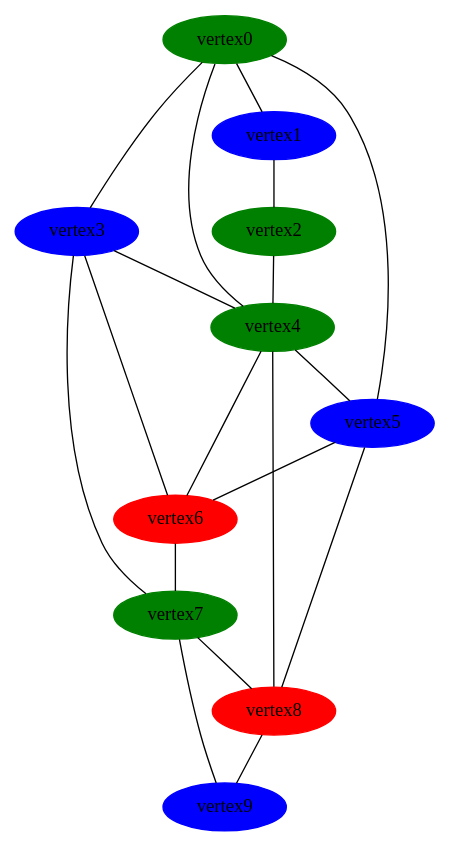
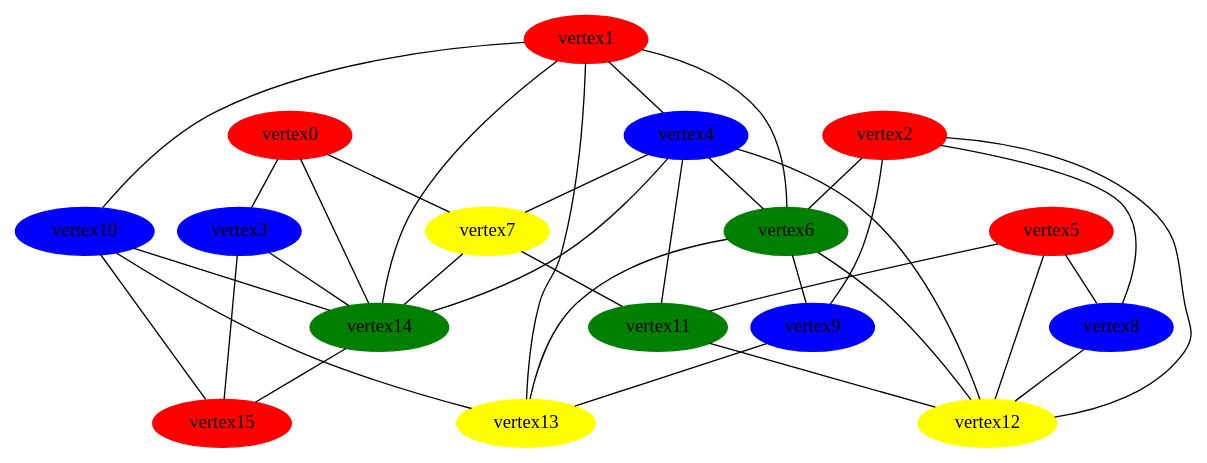
The diagram in graf.dot (sienioslaw/tgis), drawn with Graphviz before and after one commit. The commit also changed 7 other files, not shown here.

```diff
--- a/graf.dot
+++ b/graf.dot
@@ -1,40 +1,68 @@
 Graph {
-vertex0 [style=filled, color=green]
-vertex1 [style=filled, color=blue]
-vertex2 [style=filled, color=green]
+vertex0 [style=filled, color=red]
+vertex1 [style=filled, color=red]
+vertex2 [style=filled, color=red]
 vertex3 [style=filled, color=blue]
-vertex4 [style=filled, color=green]
-vertex5 [style=filled, color=blue]
-vertex6 [style=filled, color=red]
-vertex7 [style=filled, color=green]
-vertex8 [style=filled, color=red]
+vertex4 [style=filled, color=blue]
+vertex5 [style=filled, color=red]
+vertex6 [style=filled, color=green]
+vertex7 [style=filled, color=yellow]
+vertex8 [style=filled, color=blue]
 vertex9 [style=filled, color=blue]
-vertex0 -- vertex1
+vertex10 [style=filled, color=blue]
+vertex11 [style=filled, color=green]
+vertex12 [style=filled, color=yellow]
+vertex13 [style=filled, color=yellow]
+vertex14 [style=filled, color=green]
+vertex15 [style=filled, color=red]
 vertex0 -- vertex3
-vertex0 -- vertex4
-vertex0 -- vertex5
+vertex0 -- vertex7
+vertex0 -- vertex14
 
-vertex1 -- vertex2
+vertex1 -- vertex4
+vertex1 -- vertex6
+vertex1 -- vertex10
+vertex1 -- vertex13
+vertex1 -- vertex14
 
-vertex2 -- vertex4
+vertex2 -- vertex6
+vertex2 -- vertex8
+vertex2 -- vertex9
+vertex2 -- vertex12
 
-vertex3 -- vertex4
-vertex3 -- vertex6
-vertex3 -- vertex7
+vertex3 -- vertex14
+vertex3 -- vertex15
 
-vertex4 -- vertex5
 vertex4 -- vertex6
-vertex4 -- vertex8
+vertex4 -- vertex7
+vertex4 -- vertex11
+vertex4 -- vertex12
+vertex4 -- vertex14
 
-vertex5 -- vertex6
 vertex5 -- vertex8
+vertex5 -- vertex11
+vertex5 -- vertex12
 
-vertex6 -- vertex7
+vertex6 -- vertex9
+vertex6 -- vertex12
+vertex6 -- vertex13
 
-vertex7 -- vertex8
-vertex7 -- vertex9
+vertex7 -- vertex11
+vertex7 -- vertex14
 
-vertex8 -- vertex9
+vertex8 -- vertex12
+
+vertex9 -- vertex13
+
+vertex10 -- vertex13
+vertex10 -- vertex14
+vertex10 -- vertex15
+
+vertex11 -- vertex12
+
+
+
+vertex14 -- vertex15
 
 
 }
```
